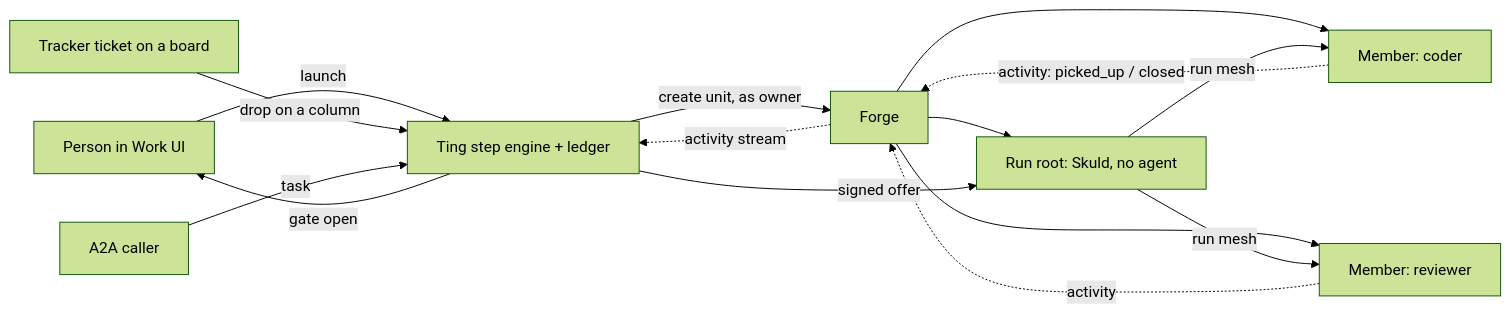
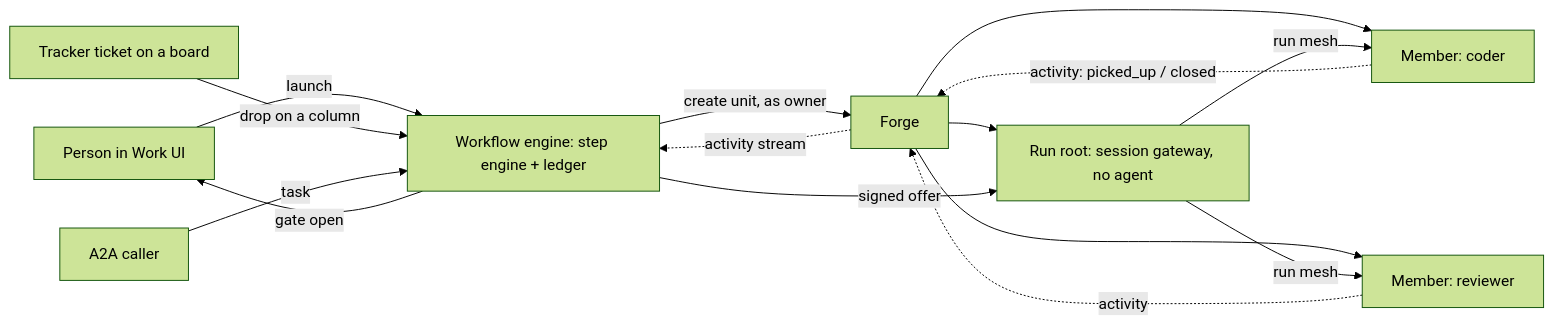
One commit to niuulabs/niuu changed the diagram in docs/site/architecture/workflows/index.md. Above: the diagram before and after it, drawn with Mermaid (forest theme). The commit also changed other lines of this file and 65 other files, not shown here.

````diff
--- a/docs/site/architecture/workflows/index.md
+++ b/docs/site/architecture/workflows/index.md
@@ -19,17 +19,17 @@
 ```mermaid
 flowchart LR
     U[Person in Work UI] -->|launch| T
     TK[Tracker ticket on a board] -->|drop on a column| T
     A2A[A2A caller] -->|task| T
-    T[Ting step engine + ledger] -->|create unit, as owner| F[Forge]
-    F --> R[Run root: Skuld, no agent]
+    T[Workflow engine: step engine + ledger] -->|create unit, as owner| F[Forge]
+    F --> R[Run root: session gateway, no agent]
     F --> M1[Member: coder]
     F --> M2[Member: reviewer]
     T -->|signed offer| R
     R -->|run mesh| M1
     R -->|run mesh| M2
     M1 -. activity: picked_up / closed .-> F
     M2 -. activity .-> F
     F -. activity stream .-> T
     T -->|gate open| U
 ```
````
